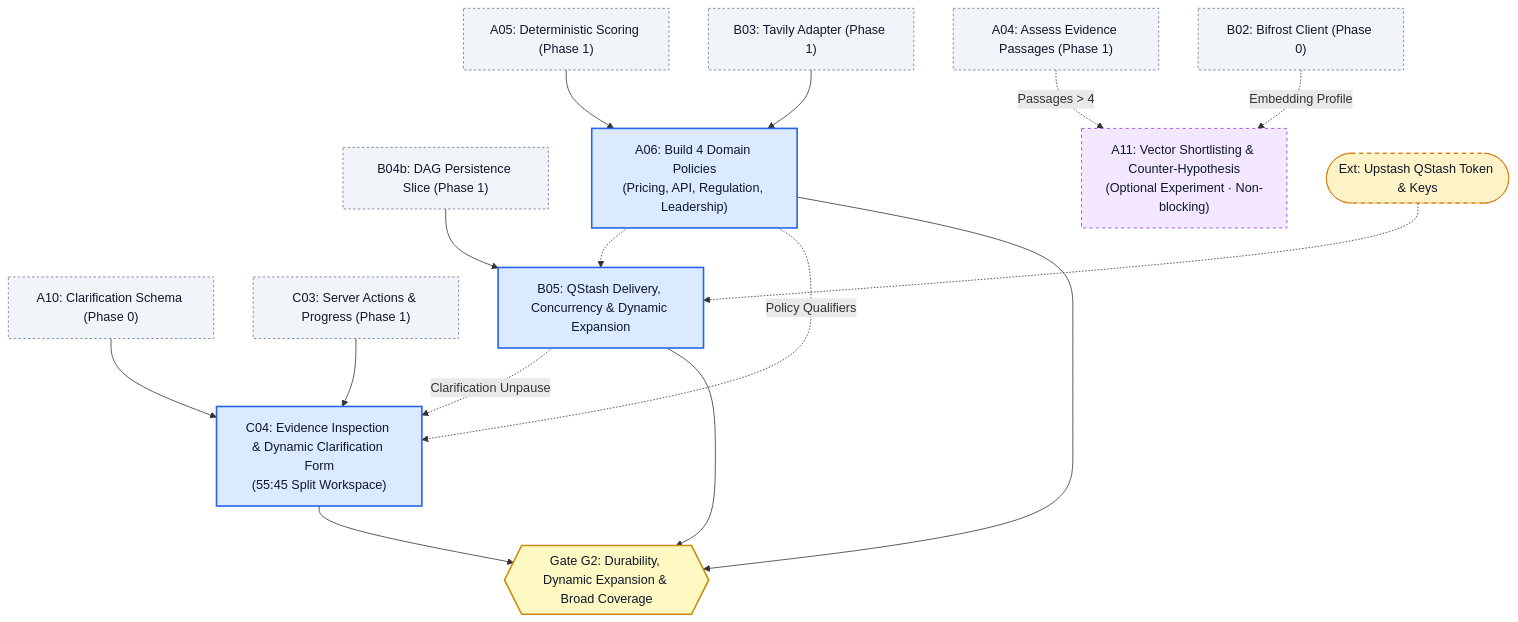
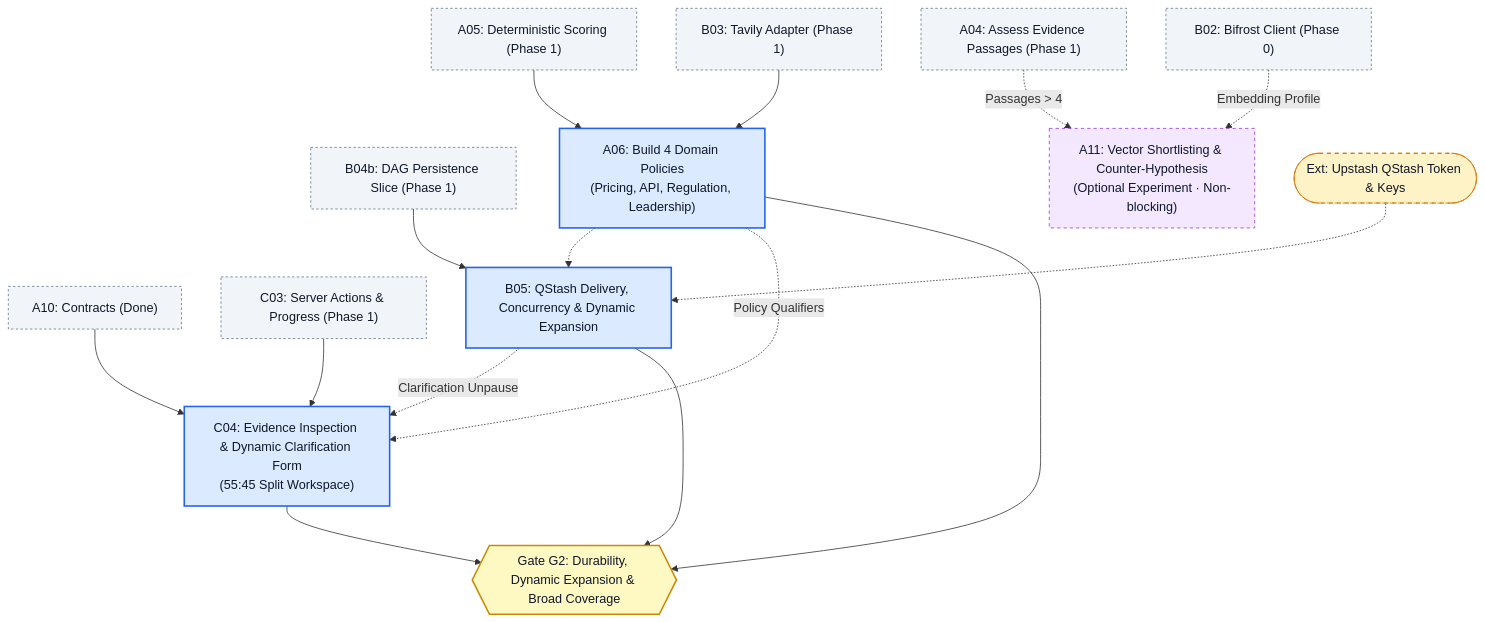
One commit to Driftaxe/Afterfact changed the fourth of 6 diagrams in docs/PARALLEL-WORK-PLAN.md. Above: the diagram before and after it, drawn with Mermaid. The commit also changed other lines of this file, not shown here.

````diff
--- a/docs/PARALLEL-WORK-PLAN.md
+++ b/docs/PARALLEL-WORK-PLAN.md
@@ -256,45 +256,45 @@
 ```mermaid
 flowchart TD
     classDef unblocked fill:#dbeafe,stroke:#2563eb,stroke-width:2px,color:#0f172a;
     classDef external fill:#fef3c7,stroke:#d97706,stroke-width:1px,stroke-dasharray: 5 5,color:#0f172a;
     classDef experimental fill:#f3e8ff,stroke:#9333ea,stroke-width:1px,stroke-dasharray: 4 4,color:#0f172a;
     classDef upstream fill:#f1f5f9,stroke:#64748b,stroke-width:1px,stroke-dasharray: 3 3,color:#0f172a;
     classDef gate fill:#fef9c3,stroke:#ca8a04,stroke-width:2px,color:#0f172a;
 
     A04["A04: Assess Evidence Passages (Phase 1)"]:::upstream
     A05["A05: Deterministic Scoring (Phase 1)"]:::upstream
-    A10["A10: Clarification Schema (Phase 0)"]:::upstream
+    A10["A10: Contracts (Done)"]:::upstream
     B02["B02: Bifrost Client (Phase 0)"]:::upstream
     B03["B03: Tavily Adapter (Phase 1)"]:::upstream
     B04b["B04b: DAG Persistence Slice (Phase 1)"]:::upstream
     C03["C03: Server Actions & Progress (Phase 1)"]:::upstream
 
     A06["A06: Build 4 Domain Policies\n(Pricing, API, Regulation, Leadership)"]:::unblocked
     A11["A11: Vector Shortlisting & Counter-Hypothesis\n(Optional Experiment · Non-blocking)"]:::experimental
 
     QStashKey(["Ext: Upstash QStash Token & Keys"]):::external
     B05["B05: QStash Delivery, Concurrency & Dynamic Expansion"]:::unblocked
 
     C04["C04: Evidence Inspection & Dynamic Clarification Form\n(55:45 Split Workspace)"]:::unblocked
 
     GateG2{{"Gate G2: Durability, Dynamic Expansion & Broad Coverage"}}:::gate
 
     A05 --> A06
     B03 --> A06
 
     A04 -.->|Passages > 4| A11
     B02 -.->|Embedding Profile| A11
 
     B04b --> B05
     A06 -.-> B05
     QStashKey -.-> B05
 
     C03 --> C04
     A10 --> C04
     B05 -.->|Clarification Unpause| C04
     A06 -.->|Policy Qualifiers| C04
 
     A06 --> GateG2
     B05 --> GateG2
     C04 --> GateG2
 ```
````
